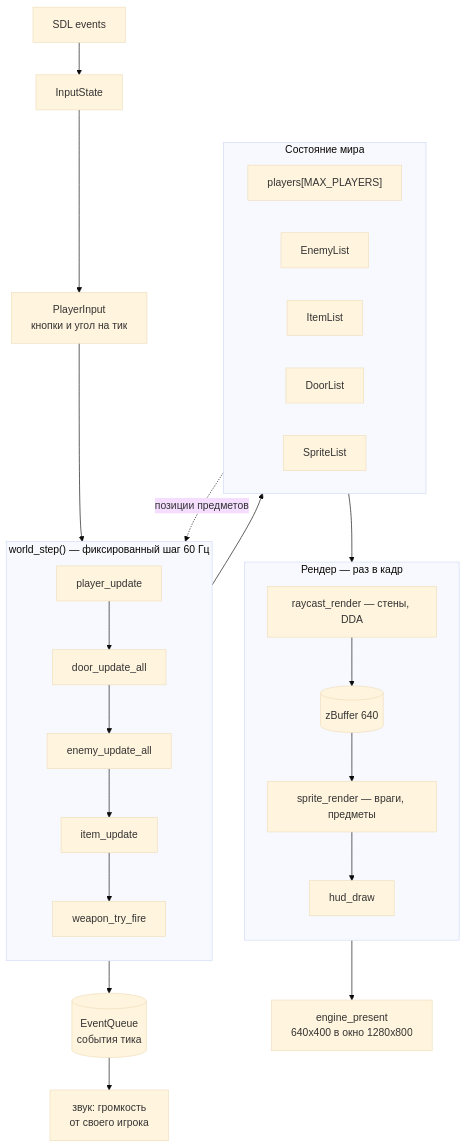
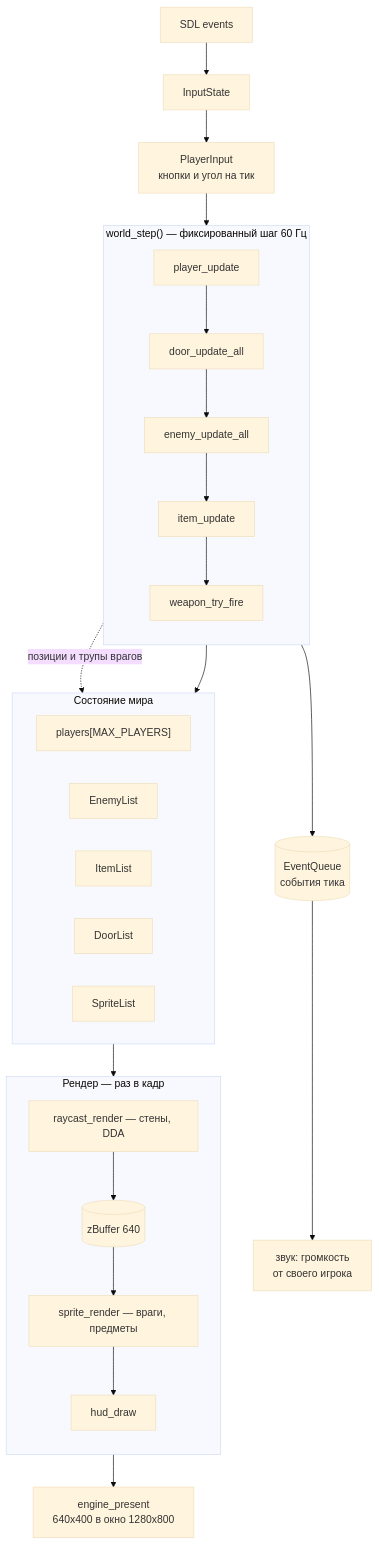
One commit to AlexEr92/doom-clone changed the diagram in docs/architecture.md. Above: the diagram before and after it, drawn with Mermaid (base theme). The commit also changed other lines of this file and 11 other files, not shown here.

````diff
--- a/docs/architecture.md
+++ b/docs/architecture.md
@@ -33,38 +33,38 @@
 ```mermaid
 flowchart TB
     ev["SDL events"] --> inp["InputState"]
     inp --> pi["PlayerInput<br/>кнопки и угол на тик"]
 
     subgraph sim["world_step() — фиксированный шаг 60 Гц"]
         direction TB
         pl["player_update"] --> dr["door_update_all"]
         dr --> en["enemy_update_all"]
         en --> it["item_update"]
         it --> wp["weapon_try_fire"]
     end
 
     subgraph st["Состояние мира"]
         direction LR
         sp1["players[MAX_PLAYERS]"]
         sp2["EnemyList"]
         sp3["ItemList"]
         sp4["DoorList"]
         sp5["SpriteList"]
     end
 
     subgraph rnd["Рендер — раз в кадр"]
         direction TB
         rc["raycast_render — стены, DDA"] --> zb[("zBuffer 640")]
         zb --> spr["sprite_render — враги, предметы"]
         spr --> hud["hud_draw"]
     end
 
     pi --> sim
     sim --> st
     sim --> evq[("EventQueue<br/>события тика")]
     evq --> aud["звук: громкость<br/>от своего игрока"]
     st --> rnd
     hud --> pres["engine_present<br/>640x400 в окно 1280x800"]
 
-    sp5 -. "позиции предметов" .-> it
+    en -. "позиции и трупы врагов" .-> sp5
 ```
````
